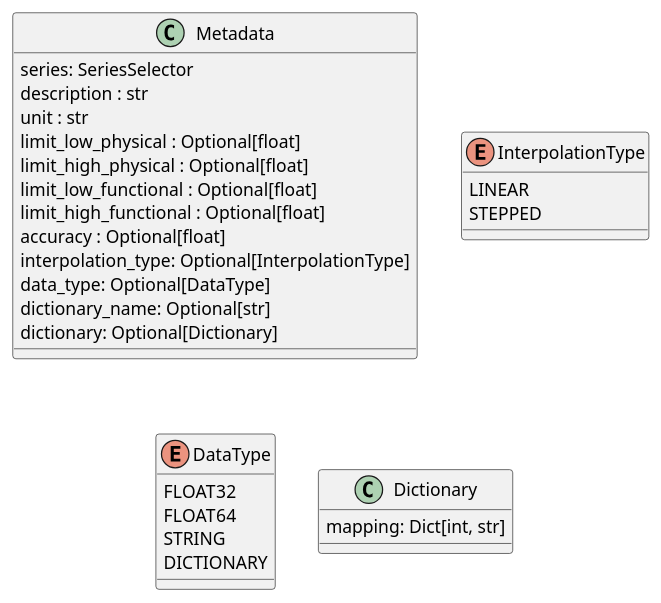
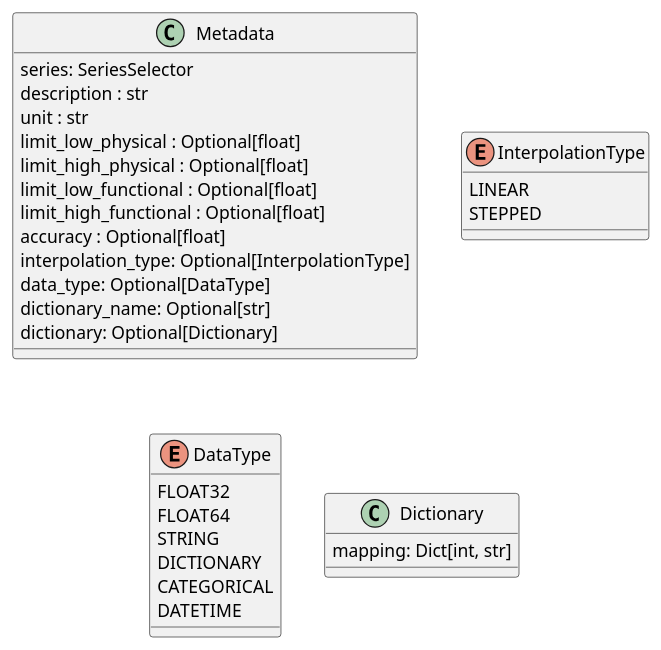
One commit to timeseer-ai/kukur changed the second of 3 diagrams in docs/kukur.asciidoc. Above: the diagram before and after it, drawn with PlantUML. The commit also changed other lines of this file and 22 other files, not shown here.

```diff
--- a/docs/kukur.asciidoc
+++ b/docs/kukur.asciidoc
@@ -528,33 +528,35 @@
 [plantuml]
 ....
 class Metadata {
     series: SeriesSelector
     description : str
     unit : str
     limit_low_physical : Optional[float]
     limit_high_physical : Optional[float]
     limit_low_functional : Optional[float]
     limit_high_functional : Optional[float]
     accuracy : Optional[float]
     interpolation_type: Optional[InterpolationType]
     data_type: Optional[DataType]
     dictionary_name: Optional[str]
     dictionary: Optional[Dictionary]
 }
 
 enum InterpolationType {
     LINEAR
     STEPPED
 }
 
 enum DataType {
     FLOAT32
     FLOAT64
     STRING
     DICTIONARY
+    CATEGORICAL
+    DATETIME
 }
 
 class Dictionary {
     mapping: Dict[int, str]
 }
 ....
```
